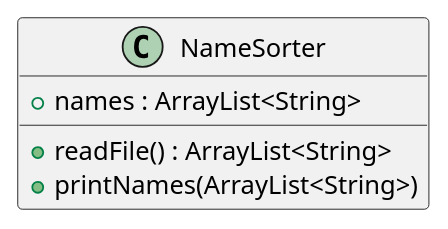
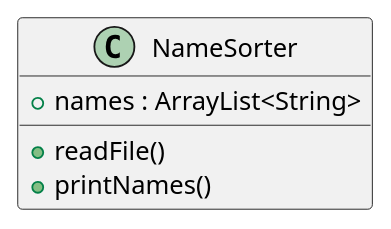
The diagram in exercise41/docs/Solution41.puml (gabotelle/telleria-a04), drawn with PlantUML before and after one commit. The commit also changed 24 other files, not shown here.

```diff
--- a/exercise41/docs/Solution41.puml
+++ b/exercise41/docs/Solution41.puml
@@ -1,11 +1,11 @@
 @startuml
 'https://plantuml.com/class-diagram
 
 class NameSorter {
     +names : ArrayList<String>
-    +readFile() : ArrayList<String>
-    +printNames(ArrayList<String>)
+    +readFile()
+    +printNames()
 }
 
 
 @enduml
```
